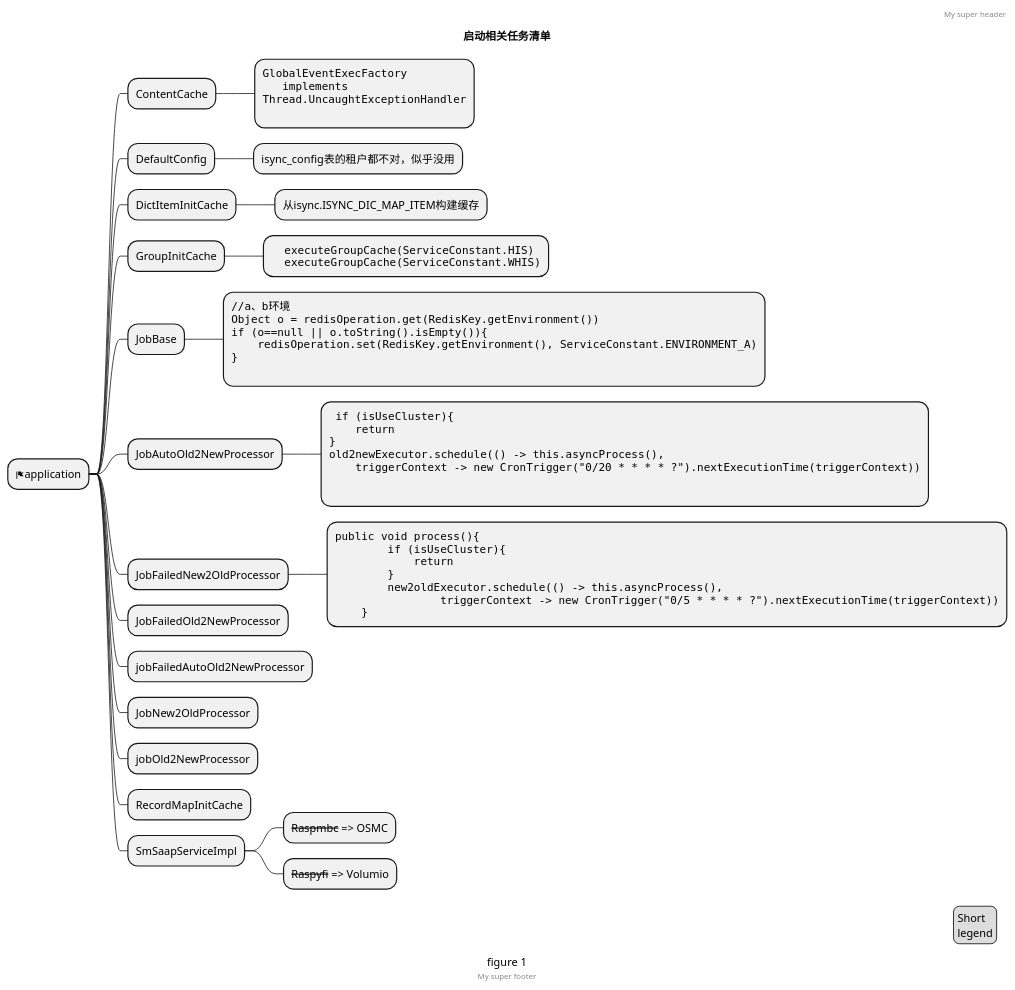
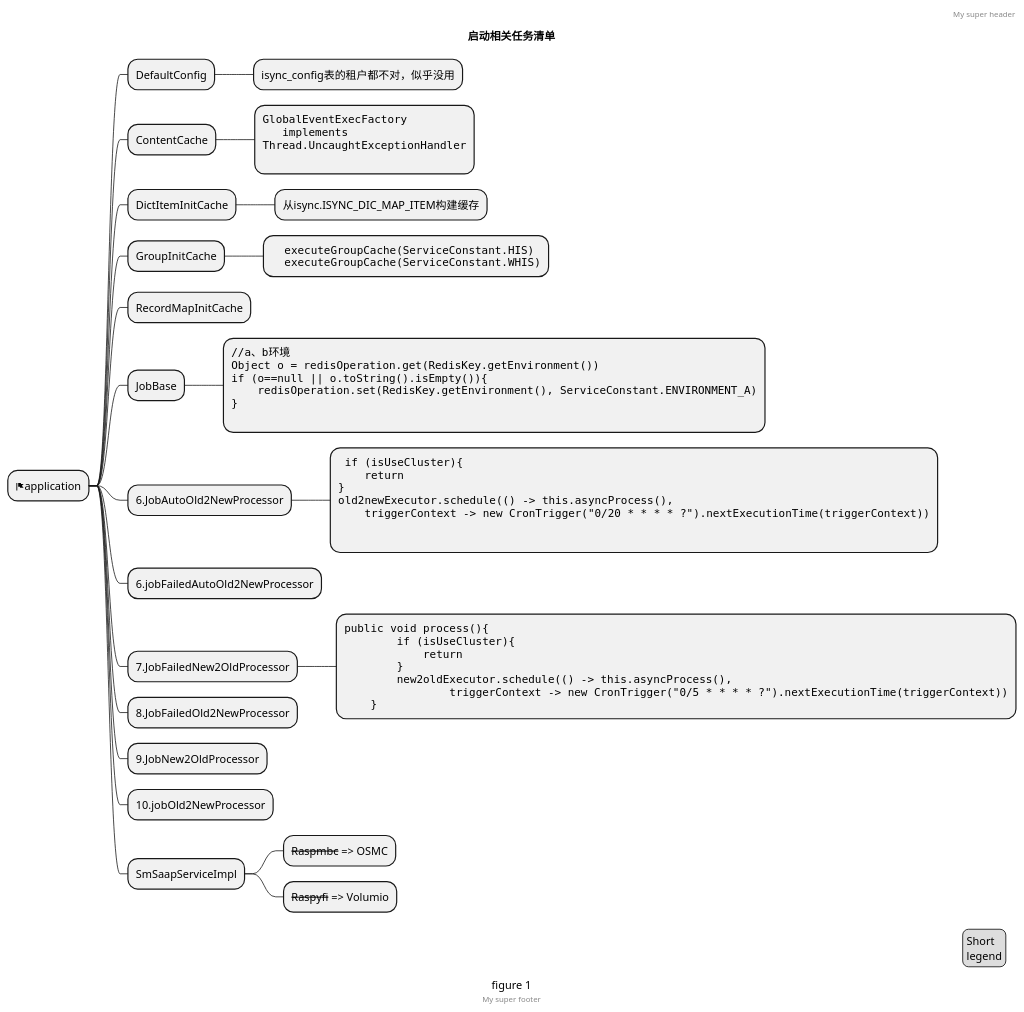
Before and after one commit to tommycom-sudo/isme-java-serve8: the diagram in src/main/resources/testMindMap.puml, drawn with PlantUML.

Commit message:
feat: isync思维导图

```diff
--- a/src/main/resources/testMindMap.puml
+++ b/src/main/resources/testMindMap.puml
@@ -1,72 +1,75 @@
 @startmindmap
 'https://plantuml.com/mindmap-diagram
 
 caption figure 1
 title 启动相关任务清单
 
 * <&flag>application
+** DefaultConfig
+*** isync_config表的租户都不对，似乎没用
 ** ContentCache
 ***:<code>
 GlobalEventExecFactory
    implements
 Thread.UncaughtExceptionHandler
 </code>
 ;
-** DefaultConfig
-*** isync_config表的租户都不对，似乎没用
+
 ** DictItemInitCache
 *** 从isync.ISYNC_DIC_MAP_ITEM构建缓存
 ** GroupInitCache
 ***:<code>
   executeGroupCache(ServiceConstant.HIS)
   executeGroupCache(ServiceConstant.WHIS)
 </code>;
+** RecordMapInitCache
 ** JobBase
 ***:<code>
 //a、b环境
 Object o = redisOperation.get(RedisKey.getEnvironment())
 if (o==null || o.toString().isEmpty()){
     redisOperation.set(RedisKey.getEnvironment(), ServiceConstant.ENVIRONMENT_A)
 }
 </code>
 ;
-** JobAutoOld2NewProcessor
+** 6.JobAutoOld2NewProcessor
 ***:<code>
  if (isUseCluster){
     return
 }
 old2newExecutor.schedule(() -> this.asyncProcess(),
     triggerContext -> new CronTrigger("0/20 * * * * ?").nextExecutionTime(triggerContext))
 
 ;
-** JobFailedNew2OldProcessor
+** 6.jobFailedAutoOld2NewProcessor
+** 7.JobFailedNew2OldProcessor
 ***:<code>
 public void process(){
         if (isUseCluster){
             return
         }
         new2oldExecutor.schedule(() -> this.asyncProcess(),
                 triggerContext -> new CronTrigger("0/5 * * * * ?").nextExecutionTime(triggerContext))
     }
 </code>;
-** JobFailedOld2NewProcessor
-** jobFailedAutoOld2NewProcessor
-** JobNew2OldProcessor
-** jobOld2NewProcessor
-** RecordMapInitCache
+** 8.JobFailedOld2NewProcessor
+
+** 9.JobNew2OldProcessor
+** 10.jobOld2NewProcessor
+
 ** SmSaapServiceImpl
 
 *** <s>Raspmbc</s> => OSMC
 *** <s>Raspyfi</s> => Volumio
 
 header
 My super header
 endheader
 
 center footer My super footer
 
 legend right
   Short
   legend
 endlegend
 @endmindmap
```
